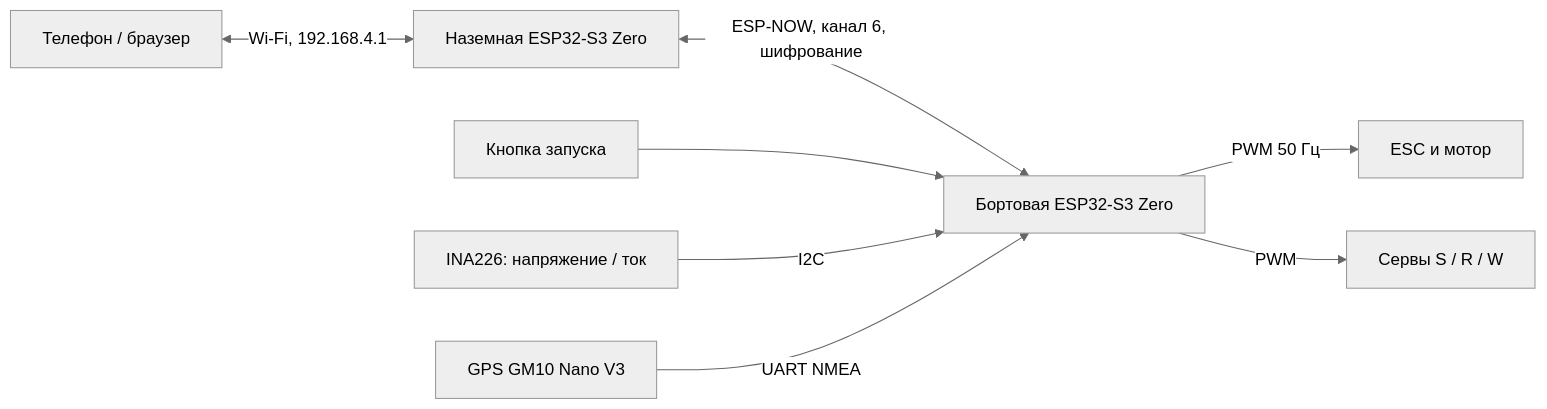
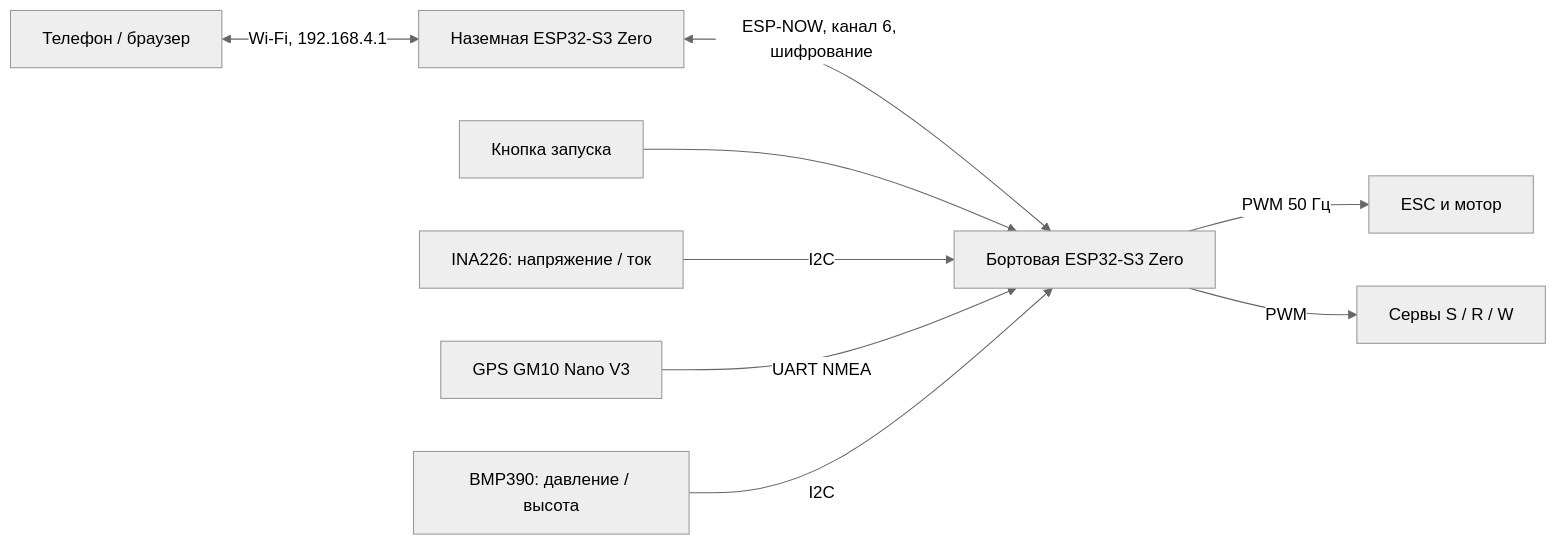
Before and after one commit to kudryavtsevov/VM_T1: the first of 4 diagrams in README.md, drawn with Mermaid (neutral theme). The commit also changed other lines of this file and 19 other files, not shown here.

````diff
--- a/README.md
+++ b/README.md
@@ -58,10 +66,11 @@
 ```mermaid
 flowchart LR
     Phone[Телефон / браузер] <-->|Wi-Fi, 192.168.4.1| Ground[Наземная ESP32-S3 Zero]
     Ground <-->|ESP-NOW, канал 6, шифрование| Timer[Бортовая ESP32-S3 Zero]
     Button[Кнопка запуска] --> Timer
     INA[INA226: напряжение / ток] -->|I2C| Timer
     GPS[GPS GM10 Nano V3] -->|UART NMEA| Timer
+    Baro[BMP390: давление / высота] -->|I2C| Timer
     Timer -->|PWM 50 Гц| ESC[ESC и мотор]
     Timer -->|PWM| Servos[Сервы S / R / W]
 ```
````
